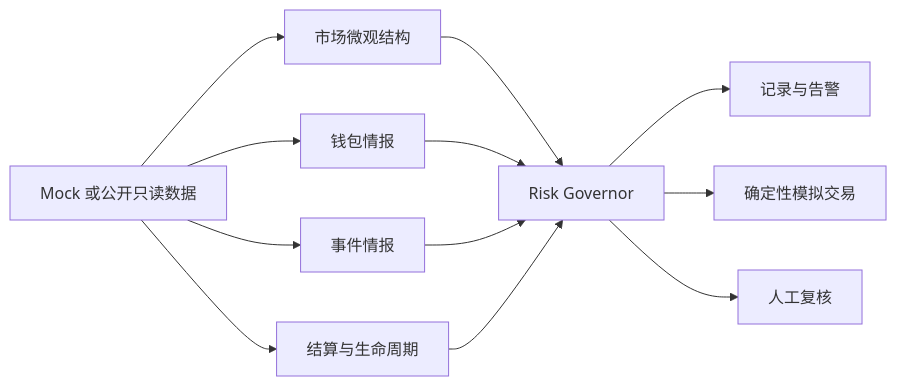
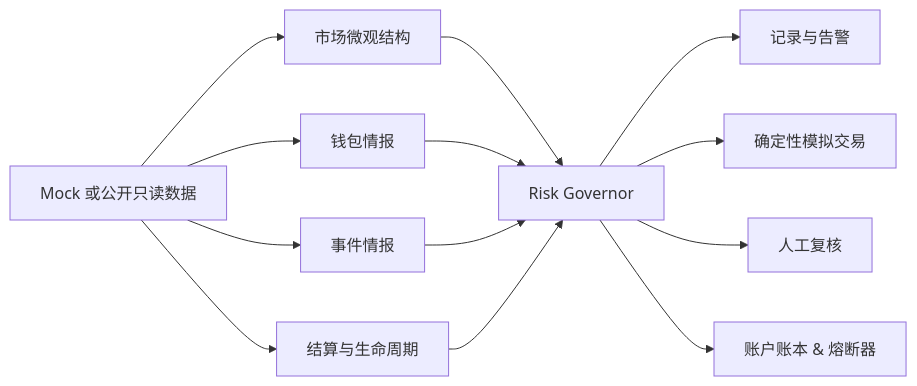
One commit to Zhiyunyang274/polysignal-pro changed the diagram in README.zh-CN.md. Above: the diagram before and after it, drawn with Mermaid. The commit also changed other lines of this file and 1 other file, not shown here.

````diff
--- a/README.zh-CN.md
+++ b/README.zh-CN.md
@@ -28,14 +29,15 @@
 ```mermaid
 flowchart LR
     A["Mock 或公开只读数据"] --> B["市场微观结构"]
     A --> C["钱包情报"]
     A --> D["事件情报"]
     A --> E["结算与生命周期"]
     B --> F["Risk Governor"]
     C --> F
     D --> F
     E --> F
     F --> G["记录与告警"]
     F --> H["确定性模拟交易"]
     F --> I["人工复核"]
+    F --> J["账户账本 & 熔断器"]
 ```
````
